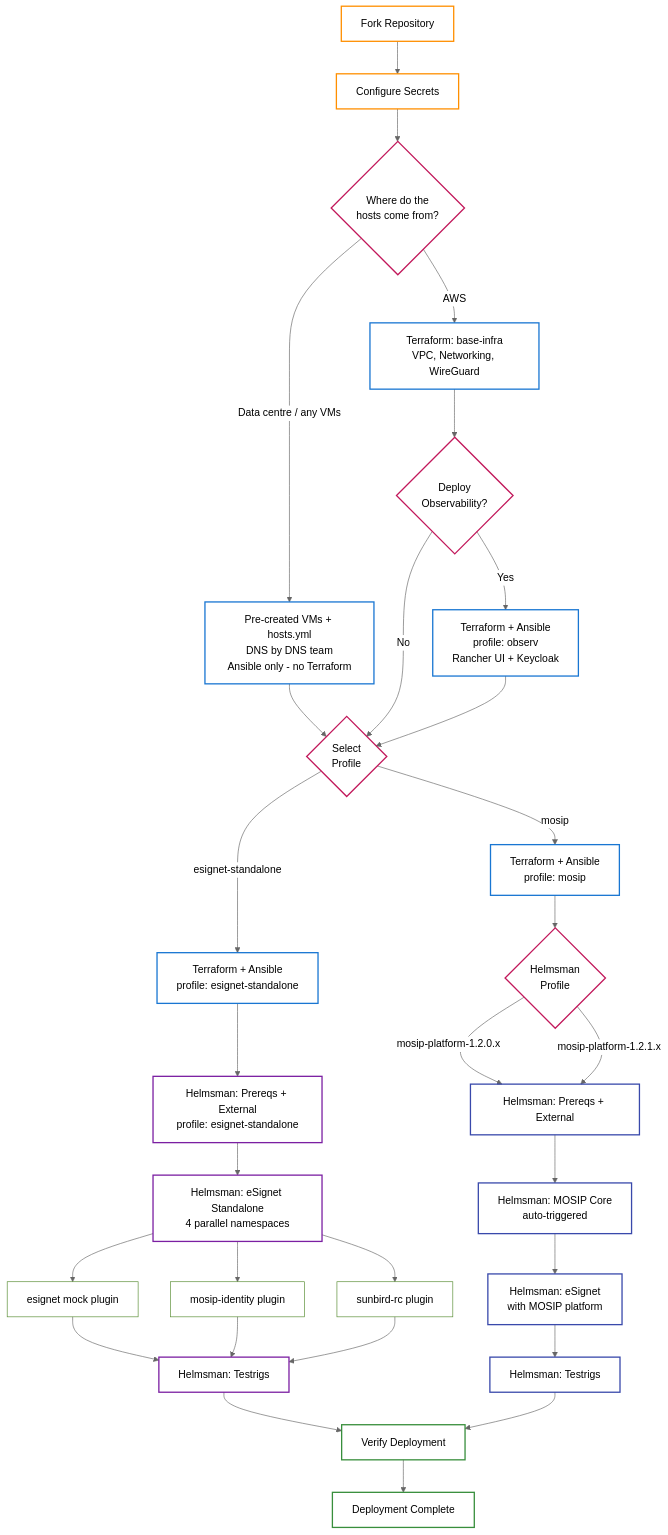
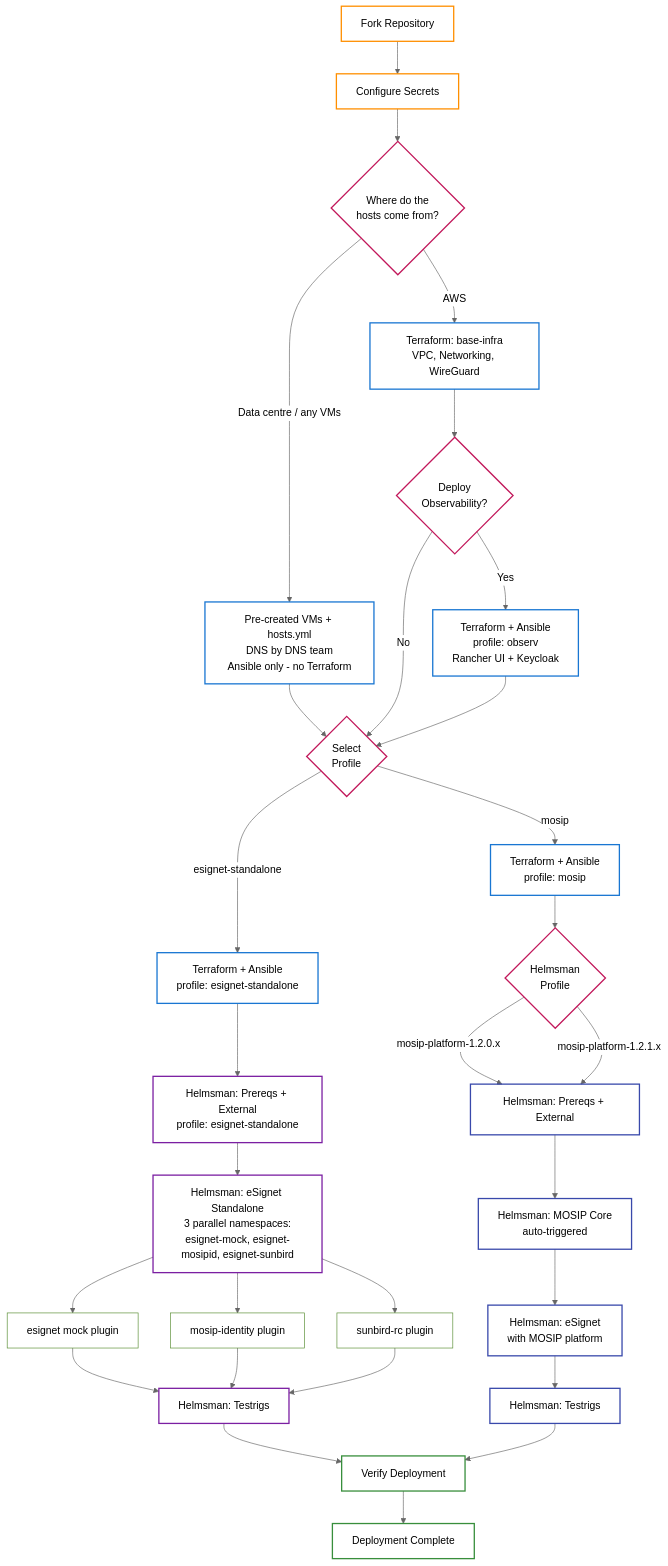
Before and after one commit to mosip/infra: the third of 3 diagrams in README.md, drawn with Mermaid. The commit also changed other lines of this file and 2 other files, not shown here.

First line of the commit message:
docs: eSignet standalone runs 3 parallel instances, not 4

````diff
--- a/README.md
+++ b/README.md
@@ -113,64 +113,64 @@
 ```mermaid
 %%{init: {'theme': 'neutral'}}%%
 graph TB
     %% Prerequisites
     A[Fork Repository] --> B[Configure Secrets]
     B --> C{Where do the<br/>hosts come from?}
 
     %% Infrastructure Phase
     C -->|AWS| D[Terraform: base-infra<br/>VPC, Networking, WireGuard]
     C -->|Data centre / any VMs| DCV[Pre-created VMs + hosts.yml<br/>DNS by DNS team<br/>Ansible only - no Terraform]
     DCV --> PS
     D --> OBS{Deploy<br/>Observability?}
     OBS -->|Yes| F[Terraform + Ansible<br/>profile: observ<br/>Rancher UI + Keycloak]
     OBS -->|No| PS
     F --> PS
 
     %% Profile selection (same profiles on AWS and data centre)
     PS{Select<br/>Profile}
     PS -->|esignet-standalone| TF_ES[Terraform + Ansible<br/>profile: esignet-standalone]
     PS -->|mosip| TF_MP[Terraform + Ansible<br/>profile: mosip]
 
     %% ── eSignet Standalone Flow — Helmsman profile: esignet ─────
     TF_ES --> ES_EXT[Helmsman: Prereqs + External<br/>profile: esignet-standalone]
-    ES_EXT --> ES_ESIGNET[Helmsman: eSignet Standalone<br/>4 parallel namespaces]
+    ES_EXT --> ES_ESIGNET[Helmsman: eSignet Standalone<br/>3 parallel namespaces:<br/>esignet-mock, esignet-mosipid, esignet-sunbird]
 
     ES_ESIGNET --> NS1[esignet mock plugin]
     ES_ESIGNET --> NS2[mosip-identity plugin]
     ES_ESIGNET --> NS4[sunbird-rc plugin]
 
     NS1 --> ES_TRIGS[Helmsman: Testrigs]
     NS2 --> ES_TRIGS
     NS4 --> ES_TRIGS
 
     %% ── MOSIP Platform Flow — Helmsman profile selection ────────
     TF_MP --> MP_VER{Helmsman<br/>Profile}
     MP_VER -->|mosip-platform-1.2.0.x| MP_EXT[Helmsman: Prereqs + External]
     MP_VER -->|mosip-platform-1.2.1.x| MP_EXT
     MP_EXT --> MP_MOSIP[Helmsman: MOSIP Core<br/>auto-triggered]
     MP_MOSIP --> MP_ESIGNET[Helmsman: eSignet<br/>with MOSIP platform]
     MP_ESIGNET --> MP_TRIGS[Helmsman: Testrigs]
 
     %% Final Verification
     ES_TRIGS --> V[Verify Deployment]
     MP_TRIGS --> V
     V --> DONE[Deployment Complete]
 
     %% Styling — transparent fills for readability in both light and dark themes
     classDef prereq fill:none,stroke:#ff8f00,stroke-width:2px
     classDef terraform fill:none,stroke:#1976d2,stroke-width:2px
     classDef helmsman fill:none,stroke:#7b1fa2,stroke-width:2px
     classDef mosip fill:none,stroke:#3949ab,stroke-width:2px
     classDef ns fill:none,stroke:#558b2f,stroke-width:1px
     classDef success fill:none,stroke:#388e3c,stroke-width:2px
     classDef decision fill:none,stroke:#c2185b,stroke-width:2px
 
     class A,B prereq
     class DCV terraform
     class D,F,TF_ES,TF_MP terraform
     class ES_EXT,ES_ESIGNET,ES_TRIGS helmsman
     class MP_EXT,MP_MOSIP,MP_ESIGNET,MP_TRIGS mosip
     class NS1,NS2,NS3,NS4 ns
     class V,DONE success
     class C,OBS,PS,MP_VER decision
 ```
````
